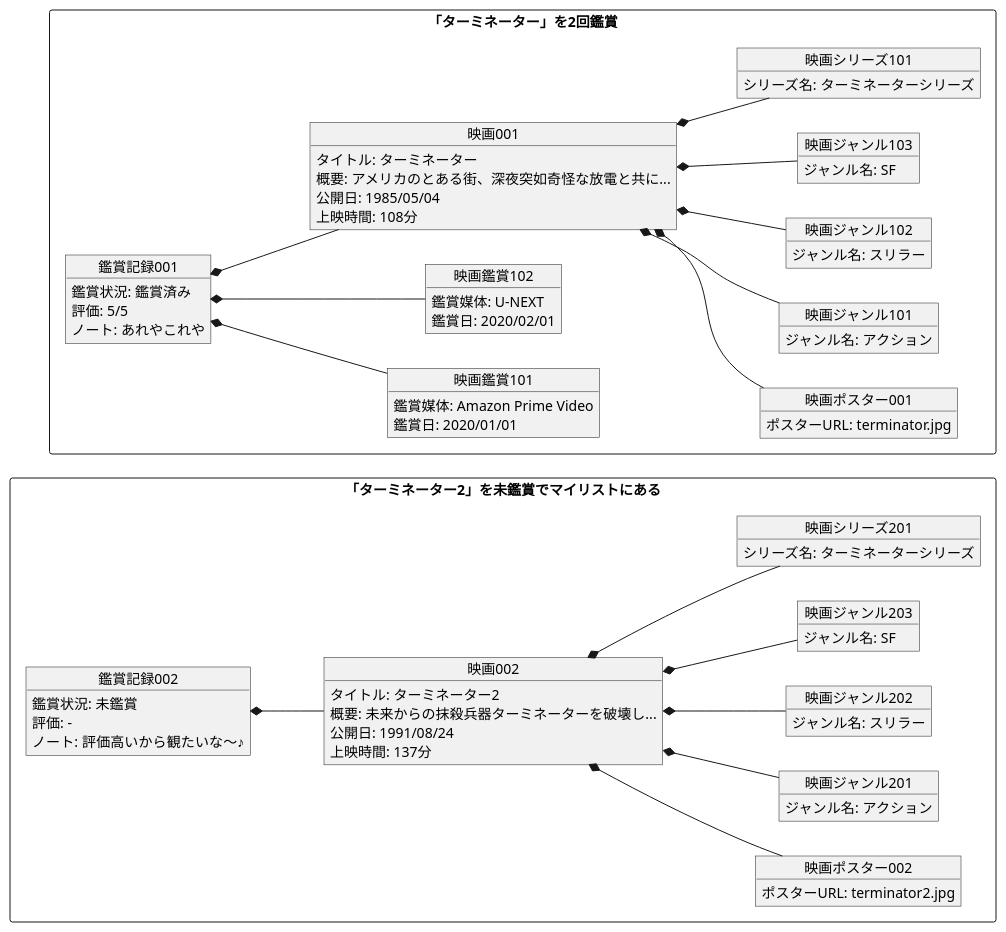
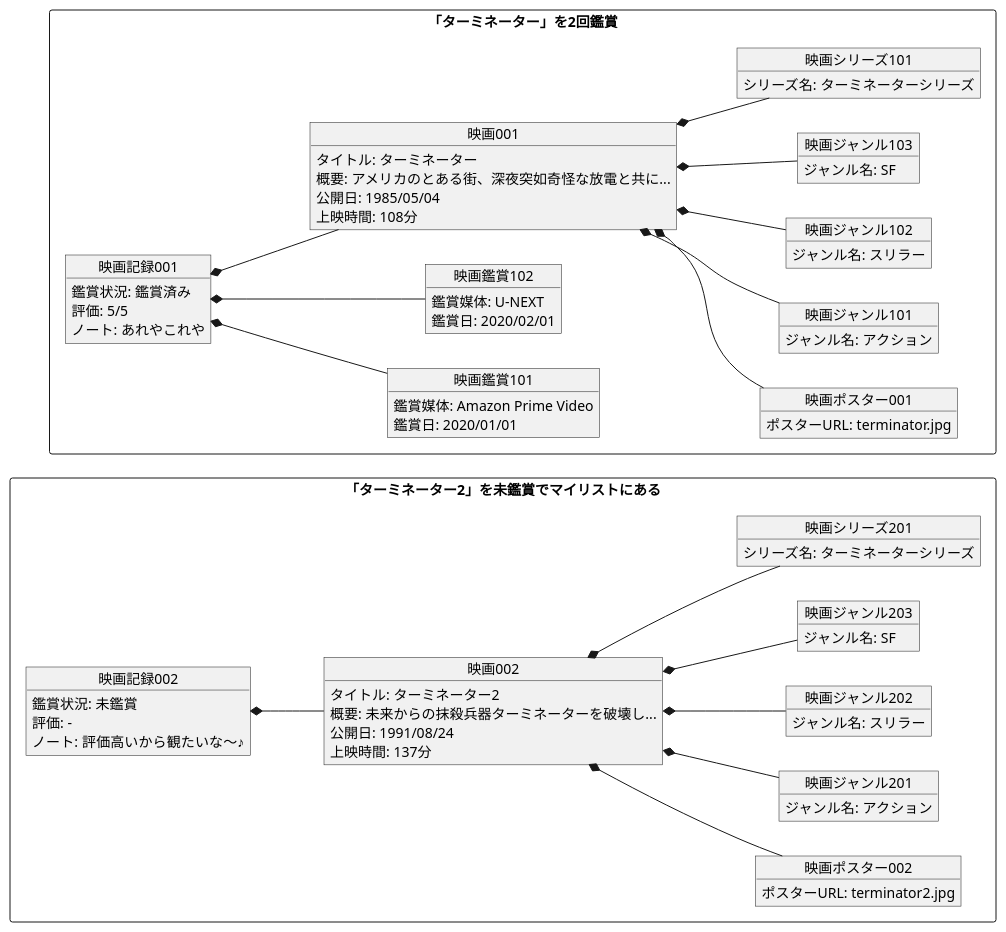
Before and after one commit to takeYY/filmography: the diagram in api/docs/object/object.puml, drawn with PlantUML. The commit also changed 1 other file, not shown here.

Commit message:
📈 鑑賞記録->映画記録に修正

```diff
--- a/api/docs/object/object.puml
+++ b/api/docs/object/object.puml
@@ -1,108 +1,108 @@
 @startuml fig_object
 
 left to right direction
 
 rectangle 「ターミネーター2」を未鑑賞でマイリストにある {
   object 映画002 {
     タイトル: ターミネーター2
     概要: 未来からの抹殺兵器ターミネーターを破壊し...
     公開日: 1991/08/24
     上映時間: 137分
   }
 
-  object 鑑賞記録002 {
+  object 映画記録002 {
     鑑賞状況: 未鑑賞
     評価: -
     ノート: 評価高いから観たいな〜♪
   }
 
   object 映画ポスター002 {
     ポスターURL: terminator2.jpg
   }
 
   object 映画ジャンル201 {
     ジャンル名: アクション
   }
 
   object 映画ジャンル202 {
     ジャンル名: スリラー
   }
 
   object 映画ジャンル203 {
     ジャンル名: SF
   }
 
   object 映画シリーズ201 {
     シリーズ名: ターミネーターシリーズ
   }
 
-  鑑賞記録002 *-- 映画002
+  映画記録002 *-- 映画002
 
   映画002 *-- 映画ポスター002
   映画002 *-- 映画ジャンル201
   映画002 *-- 映画ジャンル202
   映画002 *-- 映画ジャンル203
   映画002 *-- 映画シリーズ201
 }
 
 
 
 
 
 
 rectangle 「ターミネーター」を2回鑑賞 {
   object 映画鑑賞101 {
     鑑賞媒体: Amazon Prime Video
     鑑賞日: 2020/01/01
   }
 
   object 映画鑑賞102 {
     鑑賞媒体: U-NEXT
     鑑賞日: 2020/02/01
   }
 
   object 映画001 {
     タイトル: ターミネーター
     概要: アメリカのとある街、深夜突如奇怪な放電と共に...
     公開日: 1985/05/04
     上映時間: 108分
   }
 
-  object 鑑賞記録001 {
+  object 映画記録001 {
     鑑賞状況: 鑑賞済み
     評価: 5/5
     ノート: あれやこれや
   }
 
   object 映画ポスター001 {
     ポスターURL: terminator.jpg
   }
 
   object 映画ジャンル101 {
     ジャンル名: アクション
   }
 
   object 映画ジャンル102 {
     ジャンル名: スリラー
   }
 
   object 映画ジャンル103 {
     ジャンル名: SF
   }
 
   object 映画シリーズ101 {
     シリーズ名: ターミネーターシリーズ
   }
 
-  鑑賞記録001 *-- 映画鑑賞101
-  鑑賞記録001 *-- 映画鑑賞102
-  鑑賞記録001 *-- 映画001
+  映画記録001 *-- 映画鑑賞101
+  映画記録001 *-- 映画鑑賞102
+  映画記録001 *-- 映画001
 
   映画001 *-- 映画ポスター001
   映画001 *-- 映画ジャンル101
   映画001 *-- 映画ジャンル102
   映画001 *-- 映画ジャンル103
   映画001 *-- 映画シリーズ101
 }
 
 @enduml
```
